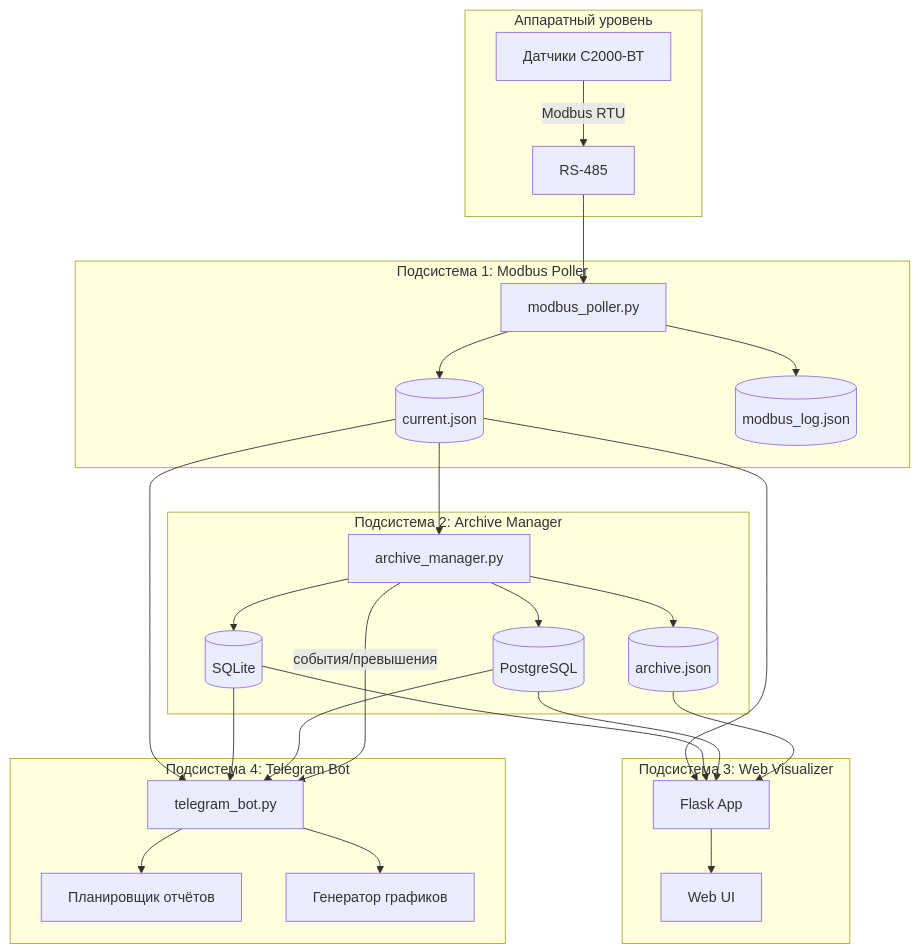
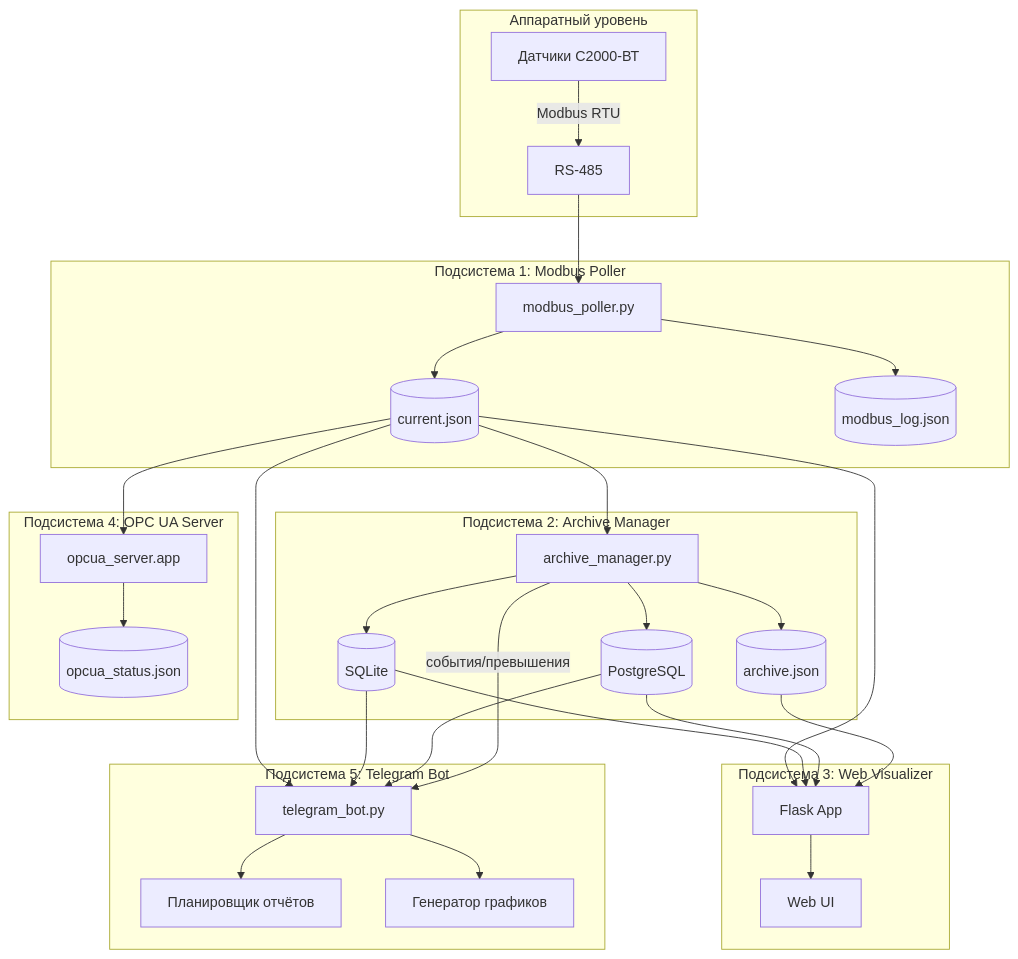
One commit to goreliy/KVT-C changed the first of 3 diagrams in Общее ТЗ на систему КВТ С.md. Above: the diagram before and after it, drawn with Mermaid. The commit also changed other lines of this file and 26 other files, not shown here.

````diff
--- a/Общее ТЗ на систему КВТ С.md
+++ b/Общее ТЗ на систему КВТ С.md
@@ -67,54 +69,61 @@
 ```mermaid
 flowchart TB
     subgraph hardware [Аппаратный уровень]
         sensors[Датчики С2000-ВТ]
         rs485[RS-485]
     end
     
     subgraph poller [Подсистема 1: Modbus Poller]
         modbus_service[modbus_poller.py]
         current_json[(current.json)]
         modbus_log[(modbus_log.json)]
     end
     
     subgraph archiver [Подсистема 2: Archive Manager]
         archive_service[archive_manager.py]
         sqlite_db[(SQLite)]
         postgres_db[(PostgreSQL)]
         json_archive[(archive.json)]
     end
     
     subgraph visualizer [Подсистема 3: Web Visualizer]
         flask_app[Flask App]
         web_ui[Web UI]
     end
+
+    subgraph opcua [Подсистема 4: OPC UA Server]
+        opcua_service[opcua_server.app]
+        opcua_status[(opcua_status.json)]
+    end
     
-    subgraph telegram_bot [Подсистема 4: Telegram Bot]
+    subgraph telegram_bot [Подсистема 5: Telegram Bot]
         bot_service[telegram_bot.py]
         scheduler[Планировщик отчётов]
         chart_gen[Генератор графиков]
     end
     
     sensors -->|Modbus RTU| rs485
     rs485 --> modbus_service
     modbus_service --> current_json
     modbus_service --> modbus_log
     
     current_json --> archive_service
     archive_service --> sqlite_db
     archive_service --> postgres_db
     archive_service --> json_archive
     
     current_json --> flask_app
     sqlite_db --> flask_app
     postgres_db --> flask_app
     json_archive --> flask_app
     flask_app --> web_ui
+    current_json --> opcua_service
+    opcua_service --> opcua_status
     
     current_json --> bot_service
     sqlite_db --> bot_service
     postgres_db --> bot_service
     bot_service --> scheduler
     bot_service --> chart_gen
     archive_service -->|события/превышения| bot_service
 ```
````
